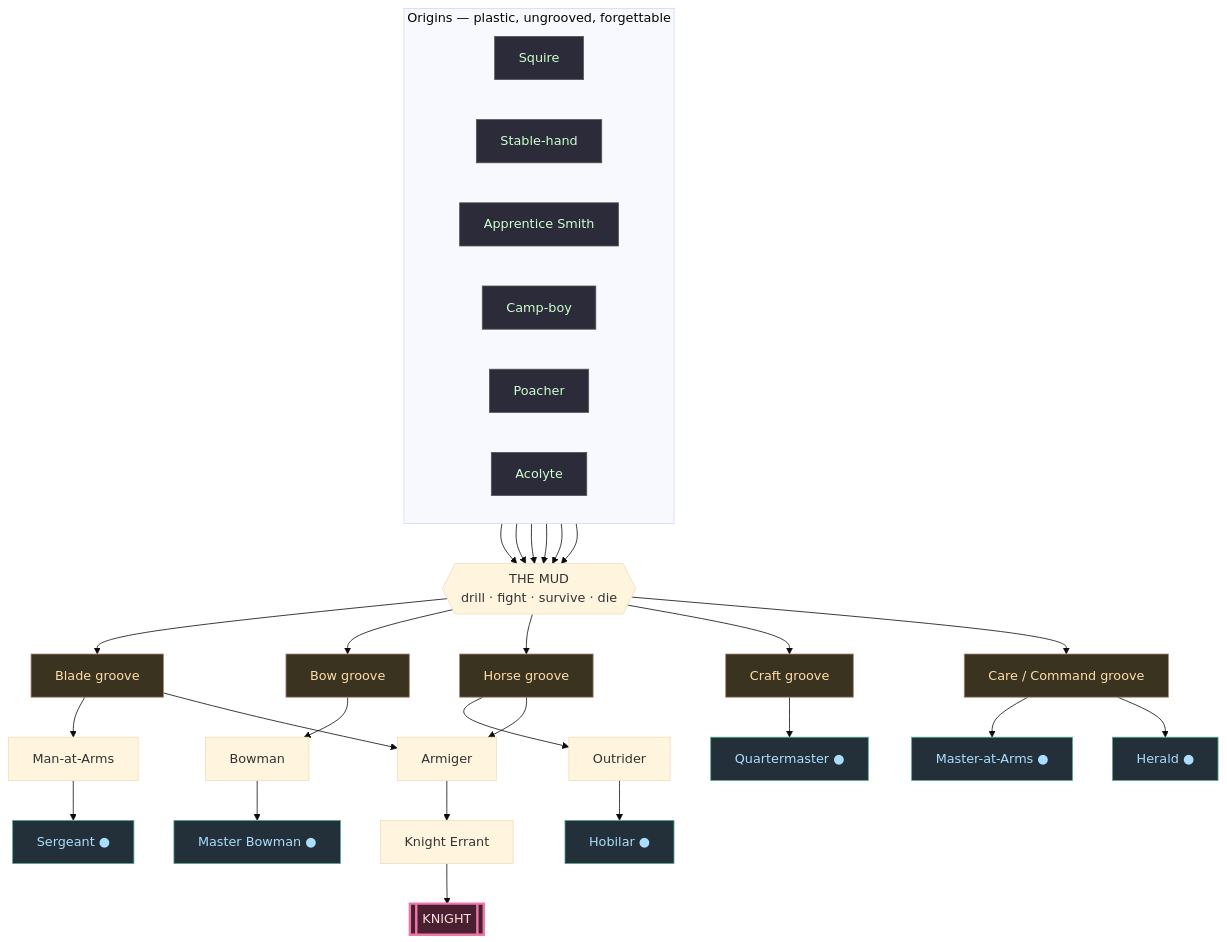
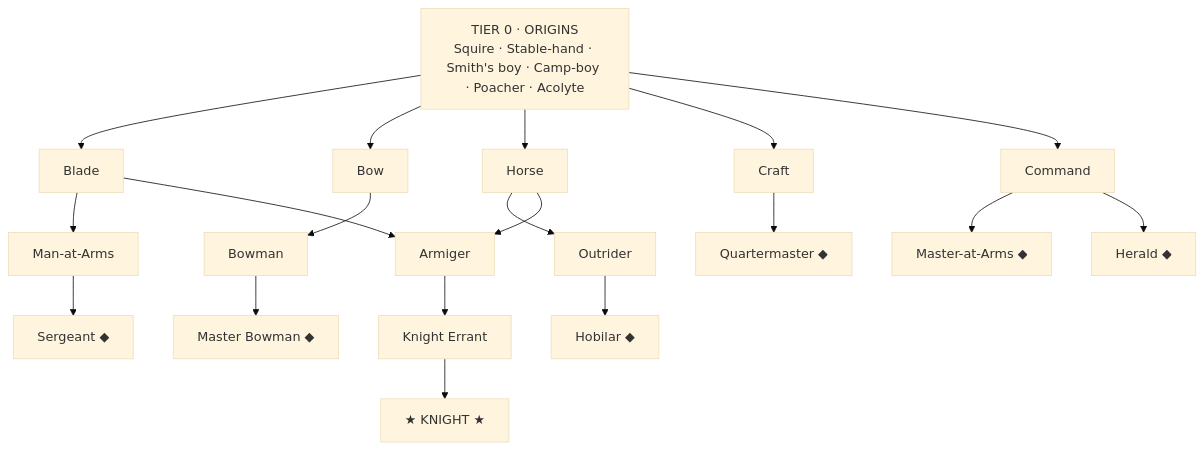
The diagram in ROLE_PROGRESSION.md (Jackz0Knight/KM27), drawn with Mermaid (base theme) before and after one commit. The commit also changed other lines of this file, not shown here.

````diff
--- a/ROLE_PROGRESSION.md
+++ b/ROLE_PROGRESSION.md
@@ -43,37 +157,18 @@
 ```mermaid
 flowchart TD
-    classDef o fill:#2b2b3a,stroke:#555,color:#cfc
-    classDef g fill:#3a3320,stroke:#a87,color:#fda
-    classDef t fill:#23303a,stroke:#5a8,color:#adf
-    classDef apex fill:#4a2030,stroke:#e7a,color:#fdd,stroke-width:3px
-
-    subgraph ORIGINS["Origins — plastic, ungrooved, forgettable"]
-        direction LR
-        SQ[Squire]:::o
-        ST[Stable-hand]:::o
-        SM[Apprentice Smith]:::o
-        CB[Camp-boy]:::o
-        PO[Poacher]:::o
-        AC[Acolyte]:::o
-    end
-
-    MUD{{"THE MUD\ndrill · fight · survive · die"}}
-    SQ & ST & SM & CB & PO & AC --> MUD
-
-    MUD --> BLADE[Blade groove]:::g
-    MUD --> BOW[Bow groove]:::g
-    MUD --> HORSE[Horse groove]:::g
-    MUD --> CRAFT[Craft groove]:::g
-    MUD --> CMD[Care / Command groove]:::g
-
-    BLADE --> MAA[Man-at-Arms] --> SGT["Sergeant ●"]:::t
-    BOW   --> BOWM[Bowman]     --> MB["Master Bowman ●"]:::t
-    HORSE --> OUT[Outrider]    --> HOB["Hobilar ●"]:::t
-    CRAFT --> QM["Quartermaster ●"]:::t
-    CMD   --> MAS["Master-at-Arms ●"]:::t
-    CMD   --> HER["Herald ●"]:::t
-
-    BLADE --> ARM[Armiger]
-    HORSE --> ARM
-    ARM --> KE[Knight Errant] --> KNIGHT[["KNIGHT"]]:::apex
+    O["TIER 0 · ORIGINS<br/>Squire · Stable-hand · Smith's boy · Camp-boy · Poacher · Acolyte"]
+    O --> Blade
+    O --> Bow
+    O --> Horse
+    O --> Craft
+    O --> Command
+    Blade --> MAA[Man-at-Arms] --> SGT["Sergeant ◆"]
+    Bow --> Bowman --> MB["Master Bowman ◆"]
+    Horse --> Outrider --> HOB["Hobilar ◆"]
+    Craft --> QM["Quartermaster ◆"]
+    Command --> MAS["Master-at-Arms ◆"]
+    Command --> HER["Herald ◆"]
+    Blade --> Armiger
+    Horse --> Armiger
+    Armiger --> KE[Knight Errant] --> KNIGHT["★ KNIGHT ★"]
 ```
````
